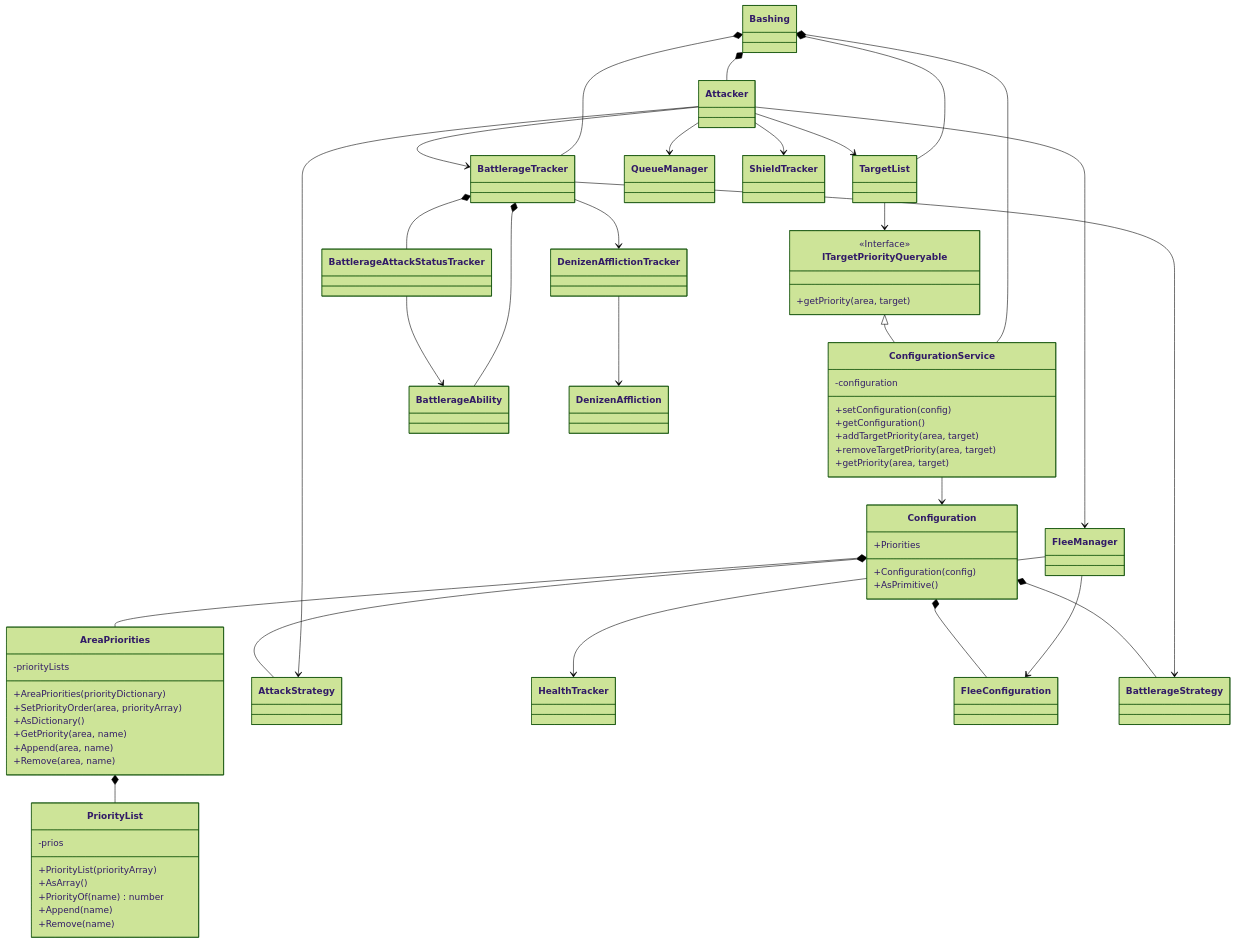
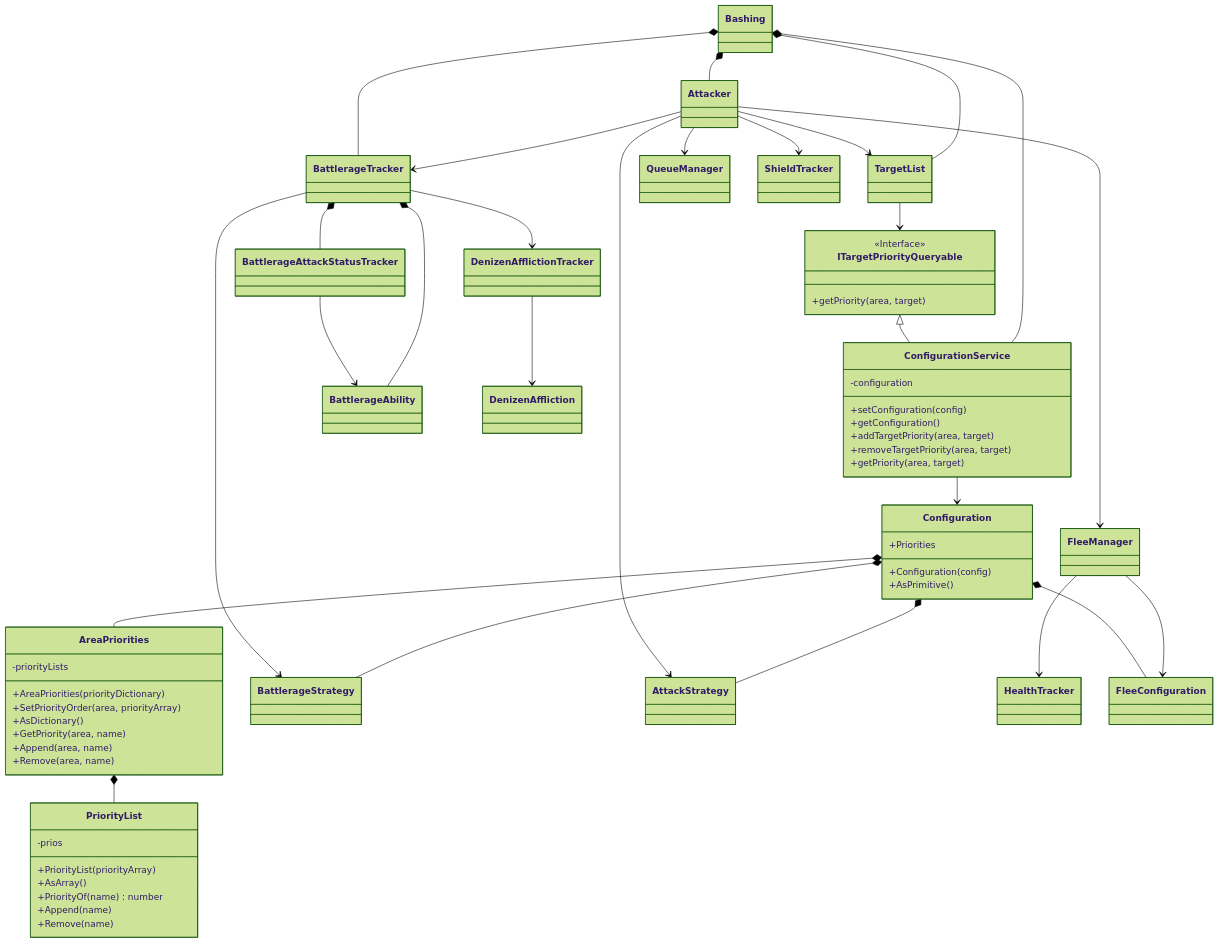
One commit to keneanung/Bashing.js-2.0 changed the diagram in website/docs/technical_documentation/class_interactions.md. Above: the diagram before and after it, drawn with Mermaid (forest theme).

Commit message:
Reorder class diagram to make it less confusing

````diff
--- a/website/docs/technical_documentation/class_interactions.md
+++ b/website/docs/technical_documentation/class_interactions.md
@@ -44,28 +44,40 @@
   +getPriority(area, target)
 }
 
-Bashing *-- TargetList
-Bashing *-- Attacker
-Bashing *-- BattlerageTracker
 Bashing *-- ConfigurationService
 
 ITargetPriorityQueryable <|-- ConfigurationService
 ConfigurationService --> Configuration
 
 
+Configuration *-- AreaPriorities
+Configuration *-- BattlerageStrategy
+Configuration *-- AttackStrategy
+
 AreaPriorities *-- PriorityList
+
+Bashing *-- TargetList
+
+Attacker --> TargetList
 
 TargetList --> ITargetPriorityQueryable
 
-Attacker --> TargetList
+Bashing *-- Attacker
+
+Attacker --> AttackStrategy
+Attacker --> BattlerageTracker
+
+Bashing *-- BattlerageTracker
+
 Attacker --> QueueManager
-Attacker --> BattlerageTracker
-Attacker --> AttackStrategy
 Attacker --> ShieldTracker
 Attacker --> FleeManager
 
 FleeManager --> HealthTracker
 FleeManager --> FleeConfiguration
+
+
+Configuration *-- FleeConfiguration
 
 BattlerageTracker *-- BattlerageAbility
 BattlerageTracker *-- BattlerageAttackStatusTracker
@@ -76,9 +88,4 @@
 
 DenizenAfflictionTracker --> DenizenAffliction
 
-Configuration *-- AttackStrategy
-Configuration *-- FleeConfiguration
-Configuration *-- BattlerageStrategy
-Configuration *-- AreaPriorities
-
 ```
````
